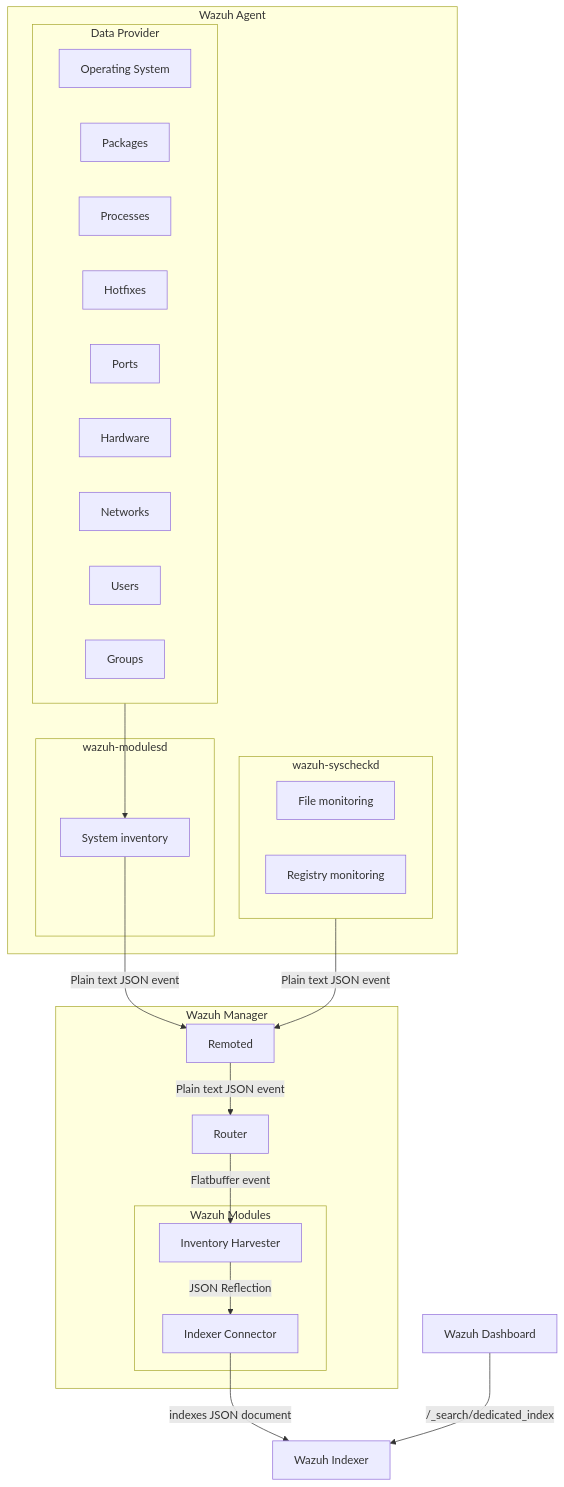
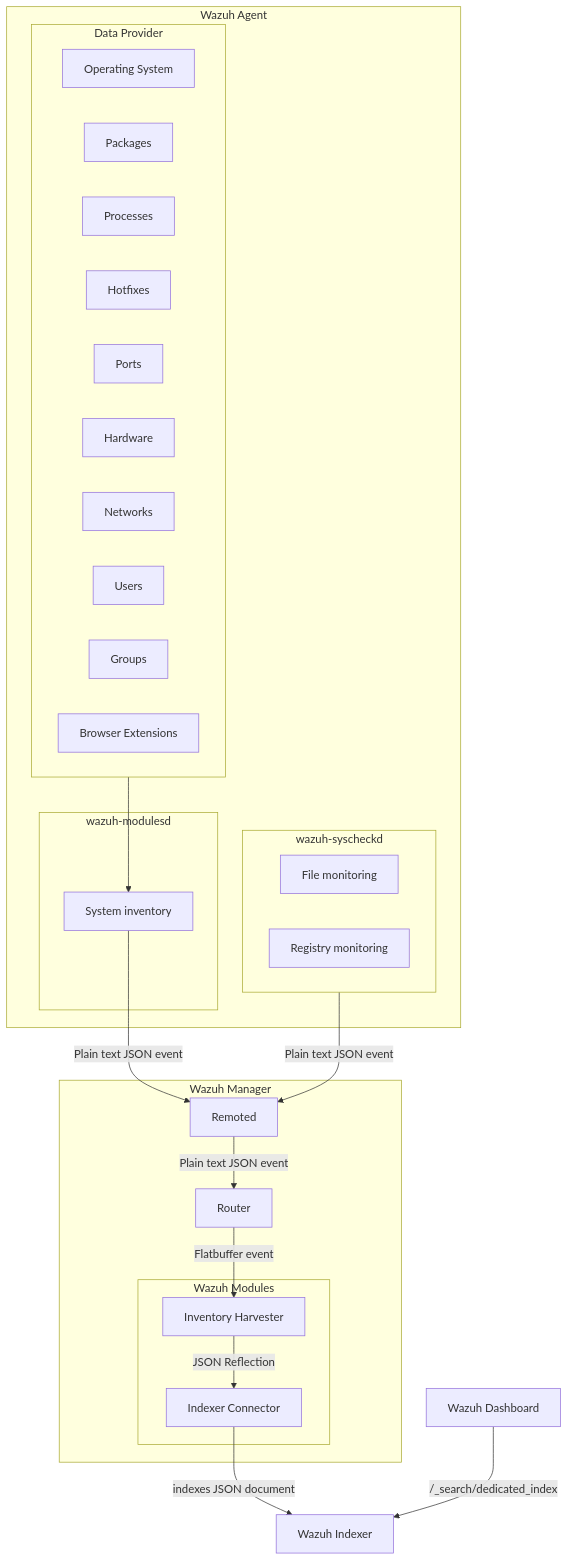
Before and after one commit to wazuh/wazuh: the diagram in docs/ref/modules/inventory-harvester/architecture.md, drawn with Mermaid. The commit also changed 19 other files, not shown here.

Commit message:
Implemented global queries for browser extensions

````diff
--- a/docs/ref/modules/inventory-harvester/architecture.md
+++ b/docs/ref/modules/inventory-harvester/architecture.md
@@ -42,41 +42,42 @@
 ```mermaid
 flowchart TD
 
 subgraph WazuhManager["Wazuh Manager"]
   Remoted["Remoted"]
   subgraph WazuhModulesM["Wazuh Modules"]
     InventoryHarvester["Inventory Harvester"]
     IndexerConnector["Indexer Connector"]
     InventoryHarvester -- "JSON Reflection" --> IndexerConnector
   end
   Remoted -- "Plain text JSON event" --> Router
   Router -- "Flatbuffer event" --> InventoryHarvester
 end
 IndexerConnector -- indexes JSON document --> WazuhIndexer
 subgraph WazuhAgent["Wazuh Agent"]
   subgraph Providers["Data Provider"]
     OS["Operating System"]
     Packages["Packages"]
     Processes["Processes"]
     Hotfixes["Hotfixes"]
     Ports["Ports"]
     Hardware["Hardware"]
     Network["Networks"]
     Users["Users"]
     Groups["Groups"]
+    BrowserExtensions["Browser Extensions"]
   end
   subgraph WazuhModulesA["wazuh-modulesd"]
     SystemInventory["System inventory"]
   end
   subgraph Syscheckd["wazuh-syscheckd"]
     FileM["File monitoring"]
     RegistryM["Registry monitoring"]
   end
   Syscheckd -- "Plain text JSON event" --> Remoted
   SystemInventory -- "Plain text JSON event" --> Remoted
 end
 Providers --> SystemInventory
 WazuhIndexer["Wazuh Indexer"]
 WazuhDashboard["Wazuh Dashboard"]
 WazuhDashboard -- /_search/dedicated_index --> WazuhIndexer
 ```
````
